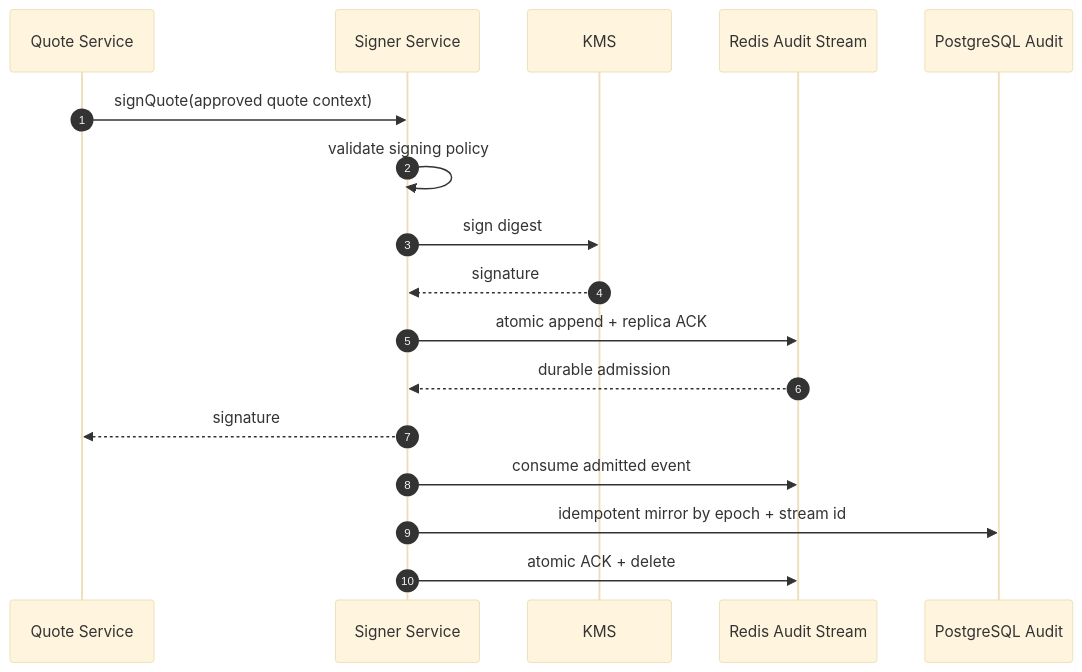
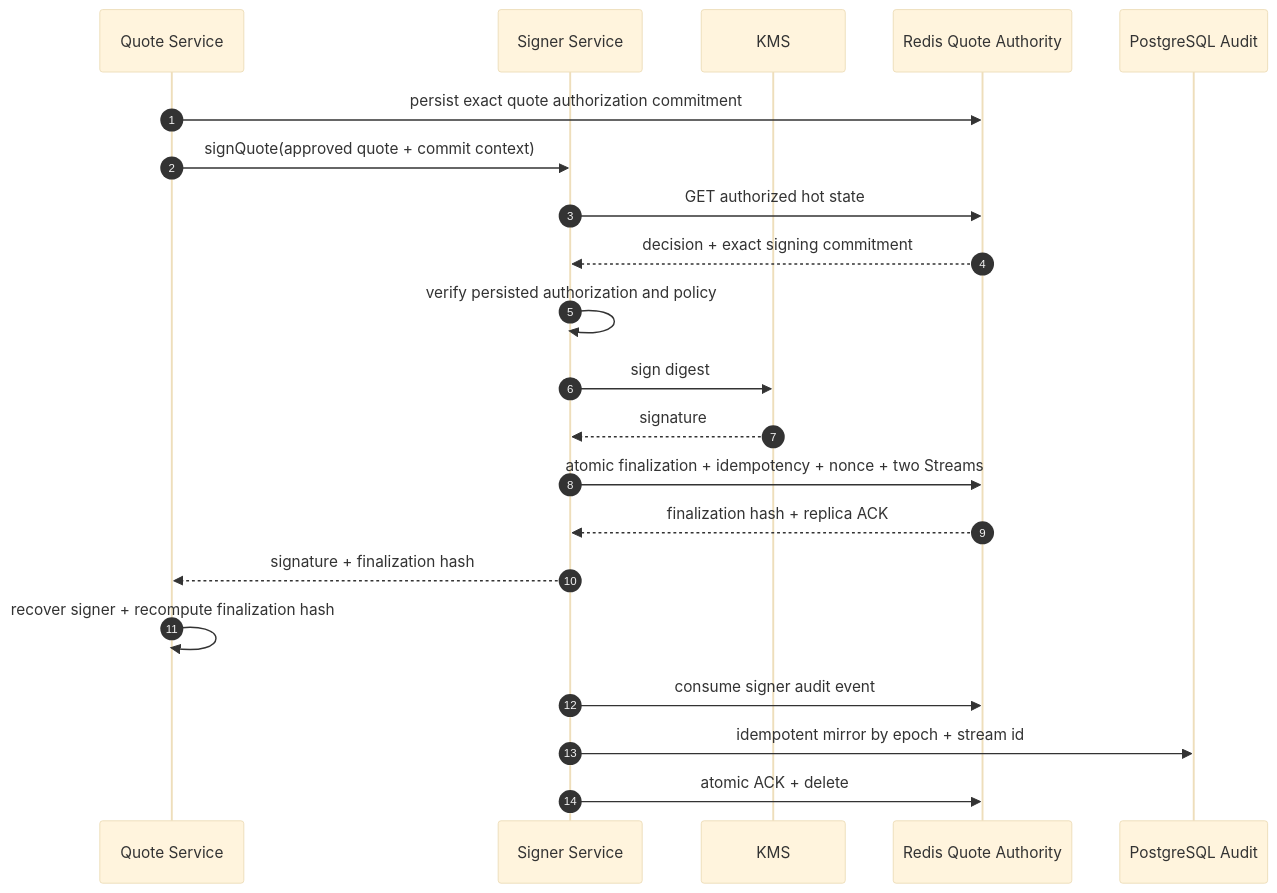
The second of 3 diagrams in book/Volume5-BackendEngineering/Chapter05-Signer-Service.md (alvis-ai/production-grade-web3-rfq-market-maker), drawn with Mermaid (base theme) before and after one commit. The commit also changed other lines of this file and 51 other files, not shown here.

````diff
--- a/book/Volume5-BackendEngineering/Chapter05-Signer-Service.md
+++ b/book/Volume5-BackendEngineering/Chapter05-Signer-Service.md
@@ -72,20 +72,24 @@
 ```mermaid
 sequenceDiagram
   autonumber
   participant Q as Quote Service
   participant S as Signer Service
   participant K as KMS
-  participant R as Redis Audit Stream
+  participant R as Redis Quote Authority
   participant P as PostgreSQL Audit
 
-  Q->>S: signQuote(approved quote context)
-  S->>S: validate signing policy
+  Q->>R: persist exact quote authorization commitment
+  Q->>S: signQuote(approved quote + commit context)
+  S->>R: GET authorized hot state
+  R-->>S: decision + exact signing commitment
+  S->>S: verify persisted authorization and policy
   S->>K: sign digest
   K-->>S: signature
-  S->>R: atomic append + replica ACK
-  R-->>S: durable admission
-  S-->>Q: signature
-  S->>R: consume admitted event
+  S->>R: atomic finalization + idempotency + nonce + two Streams
+  R-->>S: finalization hash + replica ACK
+  S-->>Q: signature + finalization hash
+  Q->>Q: recover signer + recompute finalization hash
+  S->>R: consume signer audit event
   S->>P: idempotent mirror by epoch + stream id
   S->>R: atomic ACK + delete
 ```
````
